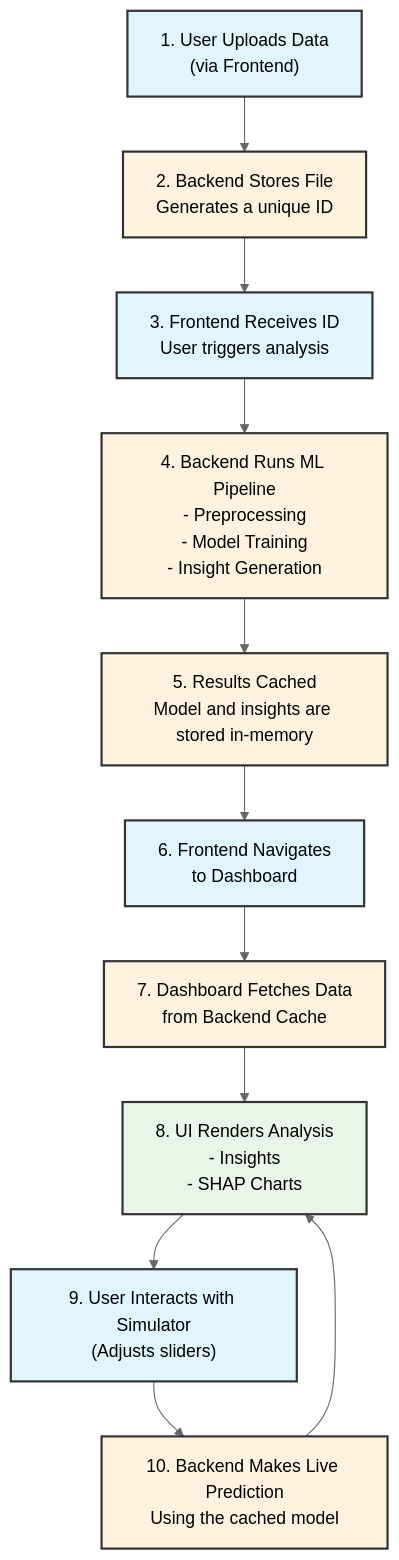
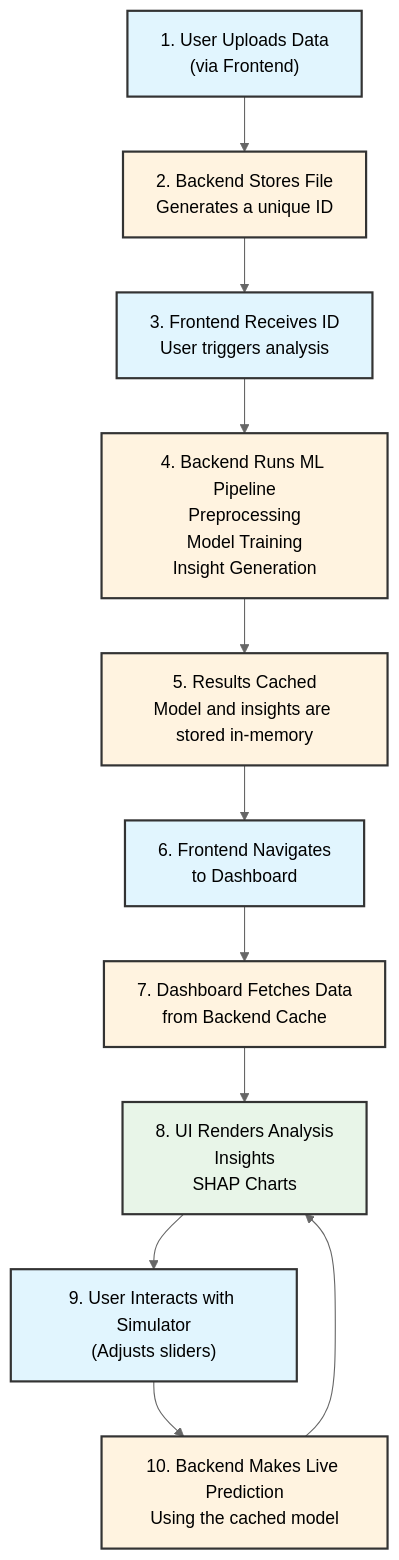
Before and after one commit to elliotrosen20/whoop-extended: the diagram in documentation/simplified_flow_diagram.md, drawn with Mermaid (neutral theme).

Commit message:
Edit node labels

````diff
--- a/documentation/simplified_flow_diagram.md
+++ b/documentation/simplified_flow_diagram.md
@@ -5,26 +5,26 @@
 ```mermaid
 graph TD
     A["1. User Uploads Data<br/>(via Frontend)"] --> B["2. Backend Stores File<br/>Generates a unique ID"]
     B --> C["3. Frontend Receives ID<br/>User triggers analysis"]
-    C --> D["4. Backend Runs ML Pipeline<br/>- Preprocessing<br/>- Model Training<br/>- Insight Generation"]
+    C --> D["4. Backend Runs ML Pipeline<br/>Preprocessing<br/>Model Training<br/>Insight Generation"]
     D --> E["5. Results Cached<br/>Model and insights are stored in-memory"]
     E --> F["6. Frontend Navigates<br/>to Dashboard"]
     F --> G["7. Dashboard Fetches Data<br/>from Backend Cache"]
-    G --> H["8. UI Renders Analysis<br/>- Insights<br/>- SHAP Charts"]
+    G --> H["8. UI Renders Analysis<br/>Insights<br/>SHAP Charts"]
     H --> I["9. User Interacts with Simulator<br/>(Adjusts sliders)"]
     I --> J["10. Backend Makes Live Prediction<br/>Using the cached model"]
     J --> H
 
     %% Styling to differentiate Frontend and Backend steps
     style A fill:#e1f5fe,stroke:#333,stroke-width:2px
     style C fill:#e1f5fe,stroke:#333,stroke-width:2px
     style F fill:#e1f5fe,stroke:#333,stroke-width:2px
     style H fill:#e8f5e8,stroke:#333,stroke-width:2px
     style I fill:#e1f5fe,stroke:#333,stroke-width:2px
 
     style B fill:#fff3e0,stroke:#333,stroke-width:2px
     style D fill:#fff3e0,stroke:#333,stroke-width:2px
     style E fill:#fff3e0,stroke:#333,stroke-width:2px
     style G fill:#fff3e0,stroke:#333,stroke-width:2px
     style J fill:#fff3e0,stroke:#333,stroke-width:2px
 ```
````
